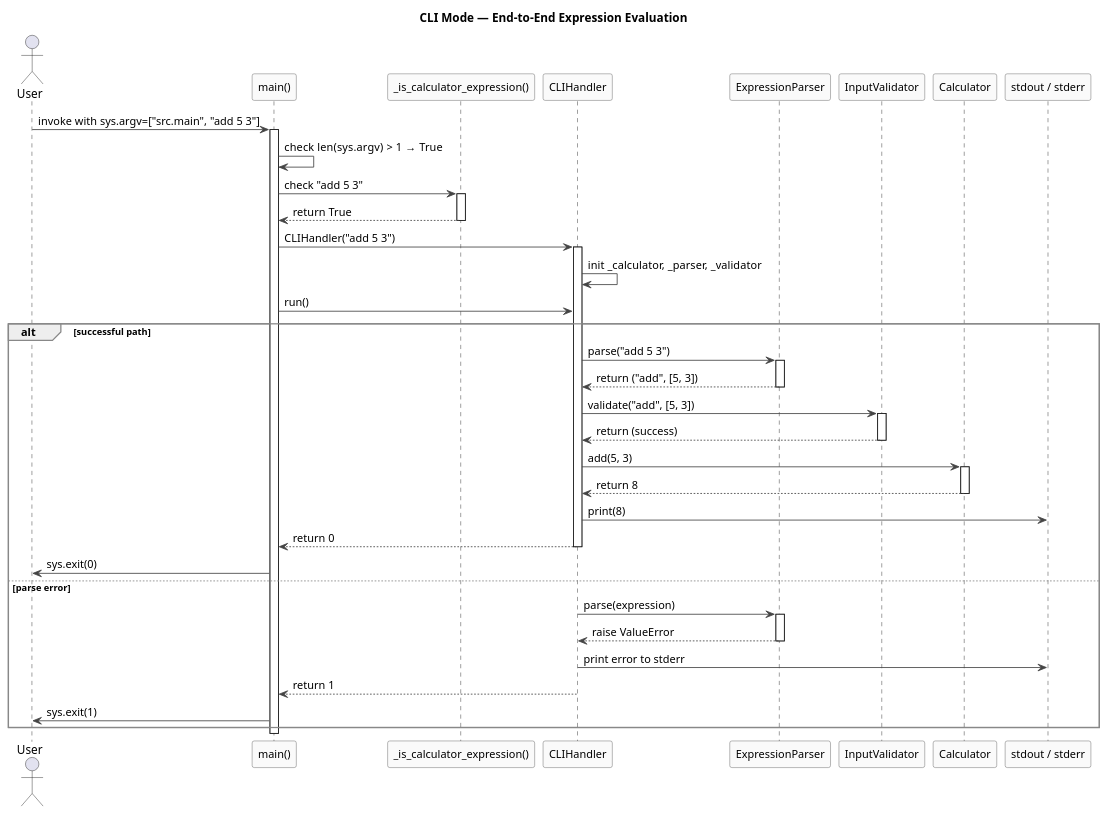
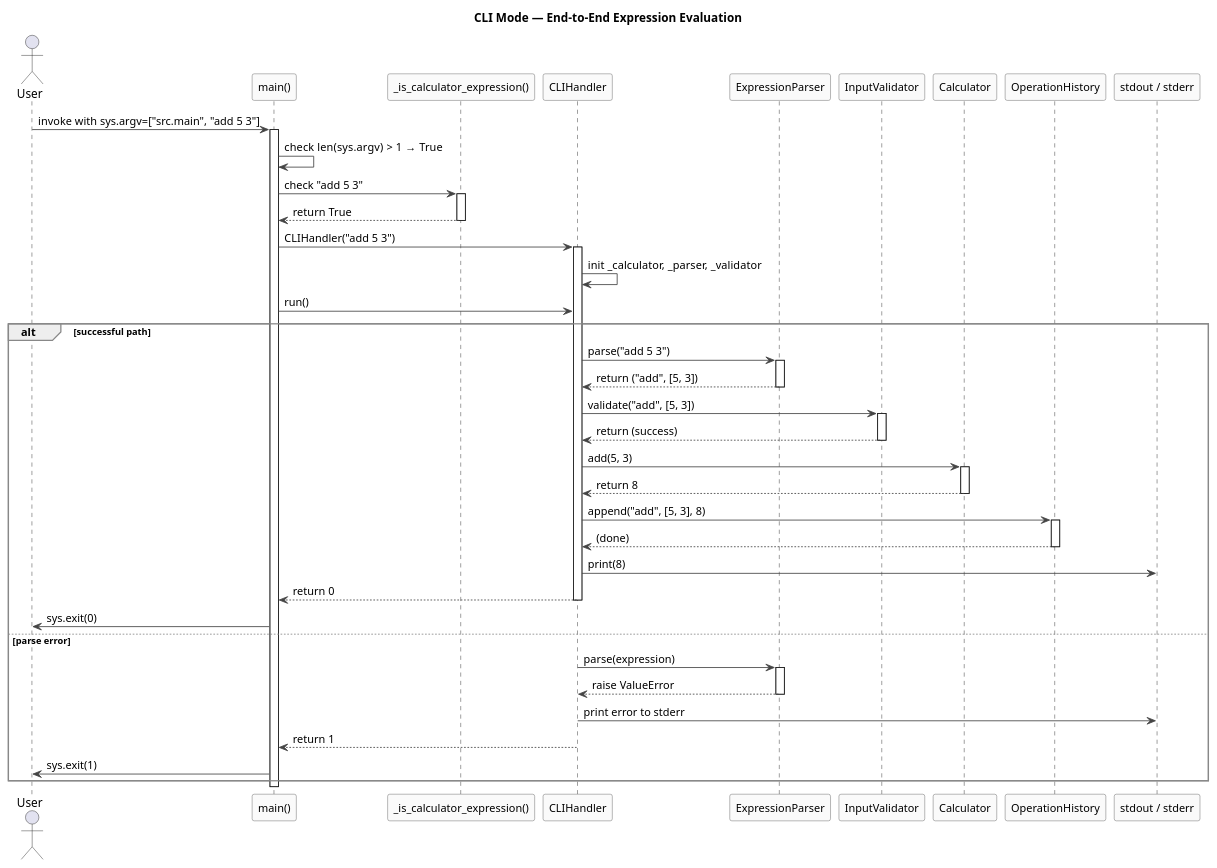
One commit to DanielRiha8906/Calculator_bachelor_autoevolution_team changed the diagram in artifacts/sequence_diagram_cli.puml. Above: the diagram before and after it, drawn with PlantUML. The commit also changed 3 other files, not shown here.

First line of the commit message:
docs: add history-of-operations UML diagrams

```diff
--- a/artifacts/sequence_diagram_cli.puml
+++ b/artifacts/sequence_diagram_cli.puml
@@ -1,74 +1,80 @@
 @startuml sequence_diagram_cli
 
 skinparam ParticipantFontSize 13
 skinparam ArrowColor #444444
 skinparam ParticipantBorderColor #555555
 skinparam ParticipantBackgroundColor #FAFAFA
 skinparam SequenceGroupBorderColor #888888
 
 title CLI Mode — End-to-End Expression Evaluation
 
 actor User
 participant "main()" as main
 participant "_is_calculator_expression()" as guard
 participant "CLIHandler" as cli
 participant "ExpressionParser" as parser
 participant "InputValidator" as validator
 participant "Calculator" as calc
+participant "OperationHistory" as history
 participant "stdout / stderr" as out
 
 User -> main : invoke with sys.argv=["src.main", "add 5 3"]
 activate main
 
 main -> main : check len(sys.argv) > 1  →  True
 main -> guard : check "add 5 3"
 activate guard
 guard --> main : return True
 deactivate guard
 
 main -> cli : CLIHandler("add 5 3")
 activate cli
 cli -> cli : init _calculator, _parser, _validator
 
 main -> cli : run()
 
 alt successful path
 
   cli -> parser : parse("add 5 3")
   activate parser
   parser --> cli : return ("add", [5, 3])
   deactivate parser
 
   cli -> validator : validate("add", [5, 3])
   activate validator
   validator --> cli : return (success)
   deactivate validator
 
   cli -> calc : add(5, 3)
   activate calc
   calc --> cli : return 8
   deactivate calc
 
+  cli -> history : append("add", [5, 3], 8)
+  activate history
+  history --> cli : (done)
+  deactivate history
+
   cli -> out : print(8)
   cli --> main : return 0
   deactivate cli
 
   main -> User : sys.exit(0)
 
 else parse error
 
   cli -> parser : parse(expression)
   activate parser
   parser --> cli : raise ValueError
   deactivate parser
 
   cli -> out : print error to stderr
   cli --> main : return 1
 
   main -> User : sys.exit(1)
 
 end
 
 deactivate main
 
 @enduml
```
